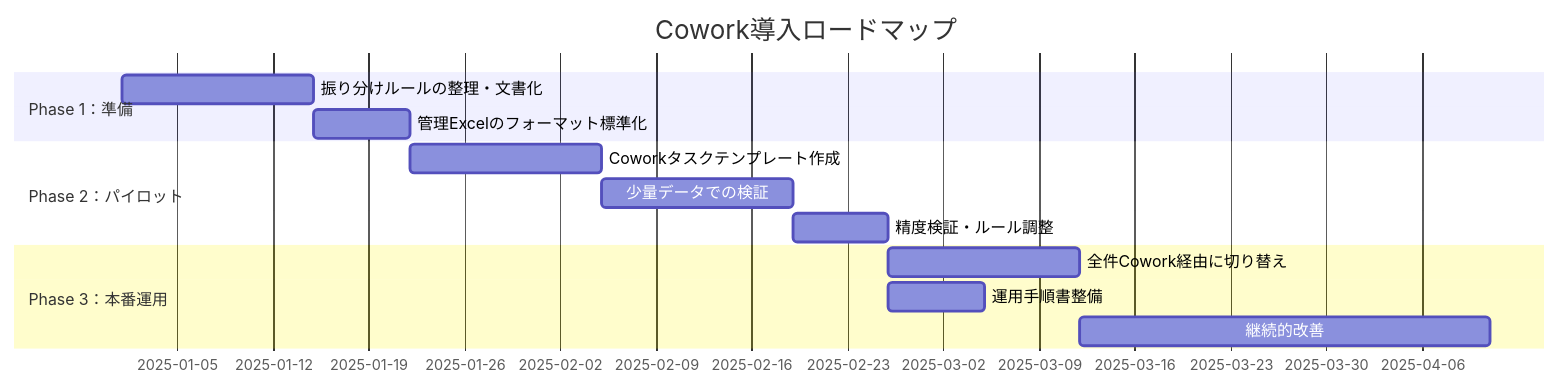
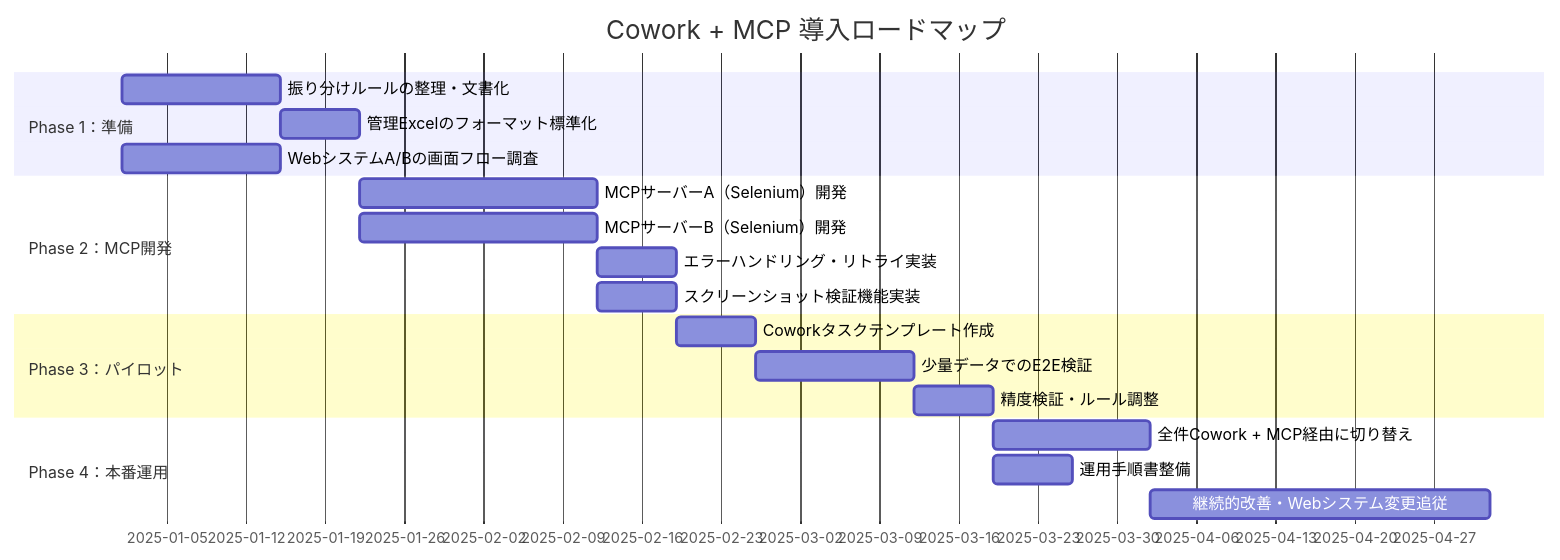
Before and after one commit to yutoTachibana/ai-orderring-platform: the eighth of 8 diagrams in docs/cowork_workflow_proposal.md, drawn with Mermaid. The commit also changed other lines of this file, not shown here.

````diff
--- a/docs/cowork_workflow_proposal.md
+++ b/docs/cowork_workflow_proposal.md
@@ -157,16 +277,22 @@
 ```mermaid
 gantt
-    title Cowork導入ロードマップ
+    title Cowork + MCP 導入ロードマップ
     dateFormat YYYY-MM-DD
     section Phase 1：準備
-        振り分けルールの整理・文書化       :a1, 2025-01-01, 14d
-        管理Excelのフォーマット標準化       :a2, after a1, 7d
-    section Phase 2：パイロット
-        Coworkタスクテンプレート作成         :b1, after a2, 14d
-        少量データでの検証                  :b2, after b1, 14d
-        精度検証・ルール調整                :b3, after b2, 7d
-    section Phase 3：本番運用
-        全件Cowork経由に切り替え             :c1, after b3, 14d
-        運用手順書整備                      :c2, after b3, 7d
-        継続的改善                          :c3, after c1, 30d
+        振り分けルールの整理・文書化           :a1, 2025-01-01, 14d
+        管理Excelのフォーマット標準化           :a2, after a1, 7d
+        WebシステムA/Bの画面フロー調査          :a3, 2025-01-01, 14d
+    section Phase 2：MCP開発
+        MCPサーバーA（Selenium）開発             :b1, after a2, 21d
+        MCPサーバーB（Selenium）開発             :b2, after a2, 21d
+        エラーハンドリング・リトライ実装          :b3, after b1, 7d
+        スクリーンショット検証機能実装            :b4, after b1, 7d
+    section Phase 3：パイロット
+        Coworkタスクテンプレート作成              :c1, after b3, 7d
+        少量データでのE2E検証                   :c2, after c1, 14d
+        精度検証・ルール調整                    :c3, after c2, 7d
+    section Phase 4：本番運用
+        全件Cowork + MCP経由に切り替え           :d1, after c3, 14d
+        運用手順書整備                          :d2, after c3, 7d
+        継続的改善・Webシステム変更追従            :d3, after d1, 30d
 ```
````
